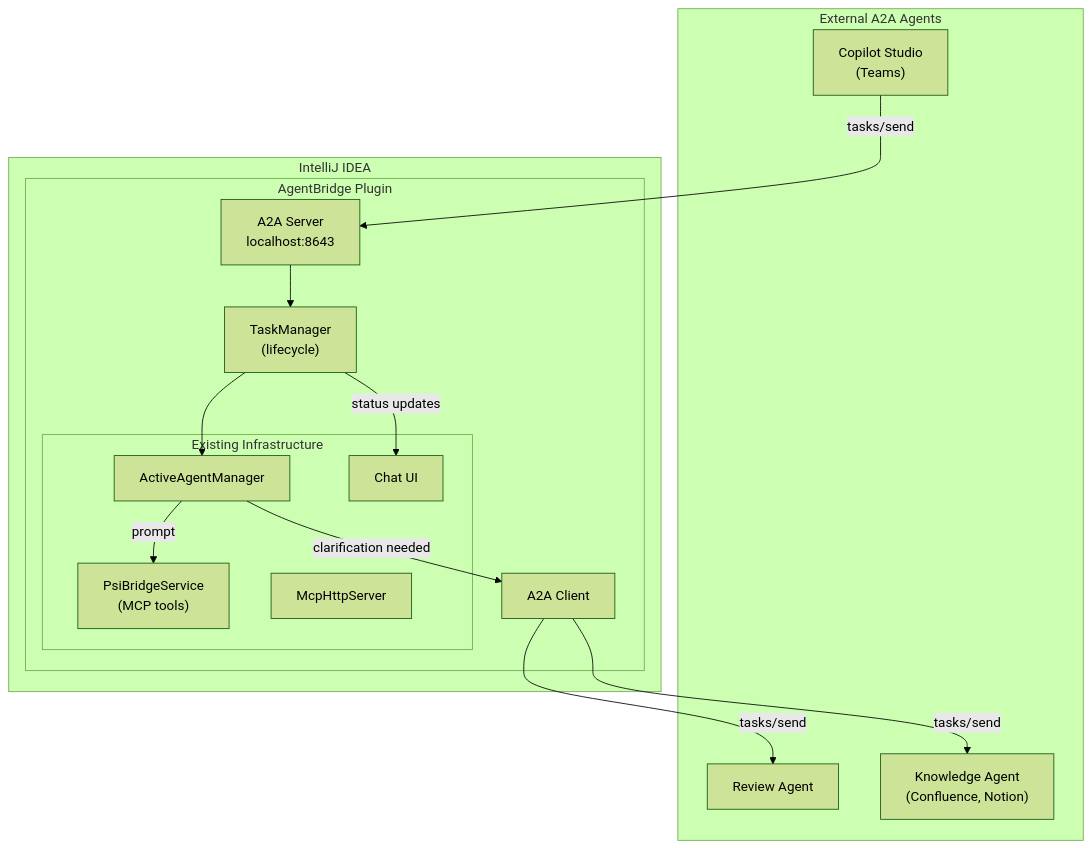
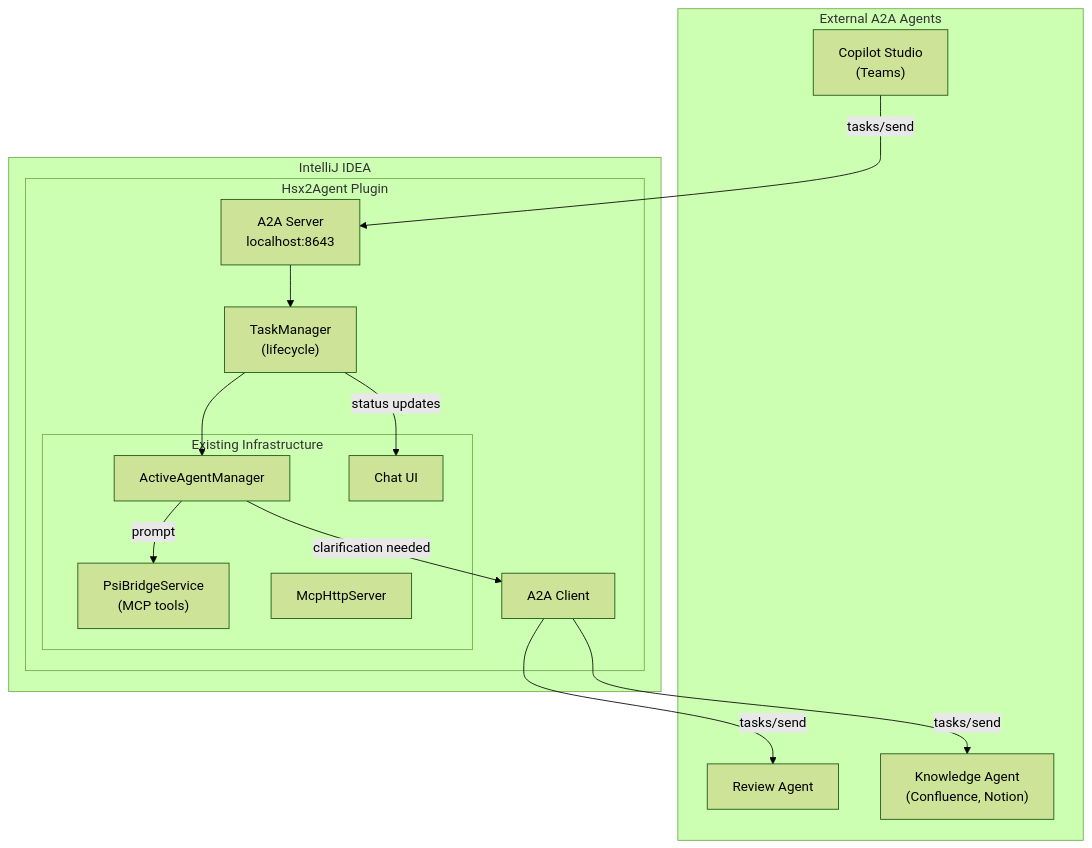
Before and after one commit to beheoxinh/hsx2agent: the first of 3 diagrams in docs/A2A-INTEGRATION.md, drawn with Mermaid (forest theme). The commit also changed other lines of this file and 20 other files, not shown here.

Commit message:
docs: rename "AgentBridge" to "Hsx2Agent" in docs and hook scripts

````diff
--- a/docs/A2A-INTEGRATION.md
+++ b/docs/A2A-INTEGRATION.md
@@ -329,32 +329,32 @@
 ```mermaid
 graph TB
     subgraph External["External A2A Agents"]
         Teams["Copilot Studio<br/>(Teams)"]
         Review["Review Agent"]
         Knowledge["Knowledge Agent<br/>(Confluence, Notion)"]
     end
 
     subgraph IDE["IntelliJ IDEA"]
-        subgraph Plugin["AgentBridge Plugin"]
+        subgraph Plugin["Hsx2Agent Plugin"]
             A2AServer["A2A Server<br/>localhost:8643"]
             A2AClient["A2A Client"]
             TaskMgr["TaskManager<br/>(lifecycle)"]
 
             subgraph Existing["Existing Infrastructure"]
                 AAM["ActiveAgentManager"]
                 PSI["PsiBridgeService<br/>(MCP tools)"]
                 MCP["McpHttpServer"]
                 Chat["Chat UI"]
             end
         end
     end
 
     Teams -->|" tasks/send "| A2AServer
     A2AServer --> TaskMgr
     TaskMgr --> AAM
     AAM -->|" prompt "| PSI
     A2AClient -->|" tasks/send "| Knowledge
     A2AClient -->|" tasks/send "| Review
     AAM -->|" clarification needed "| A2AClient
     TaskMgr -->|" status updates "| Chat
 ```
````
